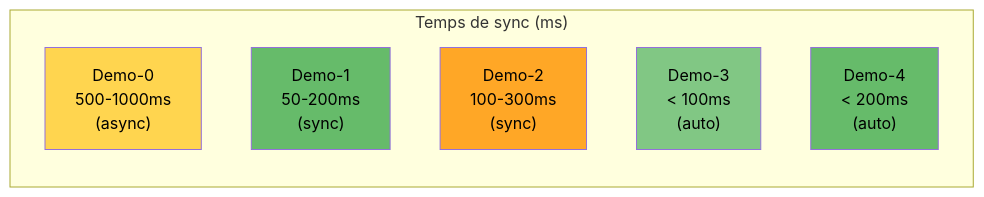
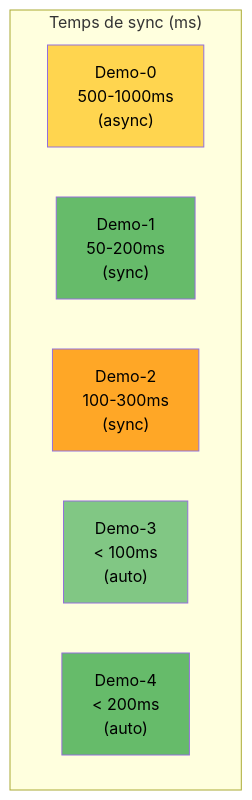
One commit to inskillflow/auths-1-NEXTJS-introduction changed diagram 24 of 39 in 02-DIAGRAMMES_ARCHITECTURES.md. Above: the diagram before and after it, drawn with Mermaid. The commit also changed other lines of this file, not shown here.

````diff
--- a/02-DIAGRAMMES_ARCHITECTURES.md
+++ b/02-DIAGRAMMES_ARCHITECTURES.md
@@ -854,16 +854,16 @@
 ```mermaid
-graph LR
+graph TB
     subgraph "Temps de sync (ms)"
         D0["Demo-0<br/>500-1000ms<br/>(async)"]
         D1["Demo-1<br/>50-200ms<br/>(sync)"]
         D2["Demo-2<br/>100-300ms<br/>(sync)"]
         D3["Demo-3<br/>< 100ms<br/>(auto)"]
         D4["Demo-4<br/>< 200ms<br/>(auto)"]
     end
     
     style D0 fill:#ffd54f,color:#000
     style D1 fill:#66bb6a,color:#000
     style D2 fill:#ffa726,color:#000
     style D3 fill:#81c784,color:#000
     style D4 fill:#66bb6a,color:#000
 ```
````
